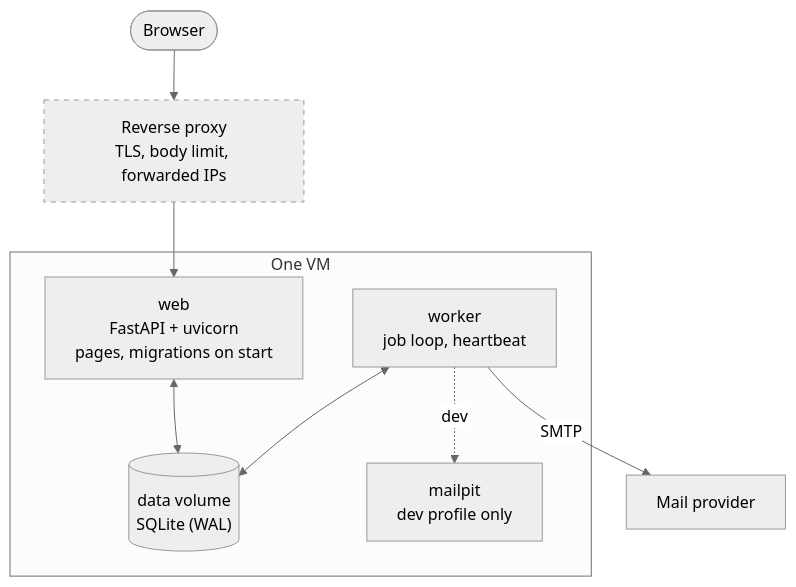
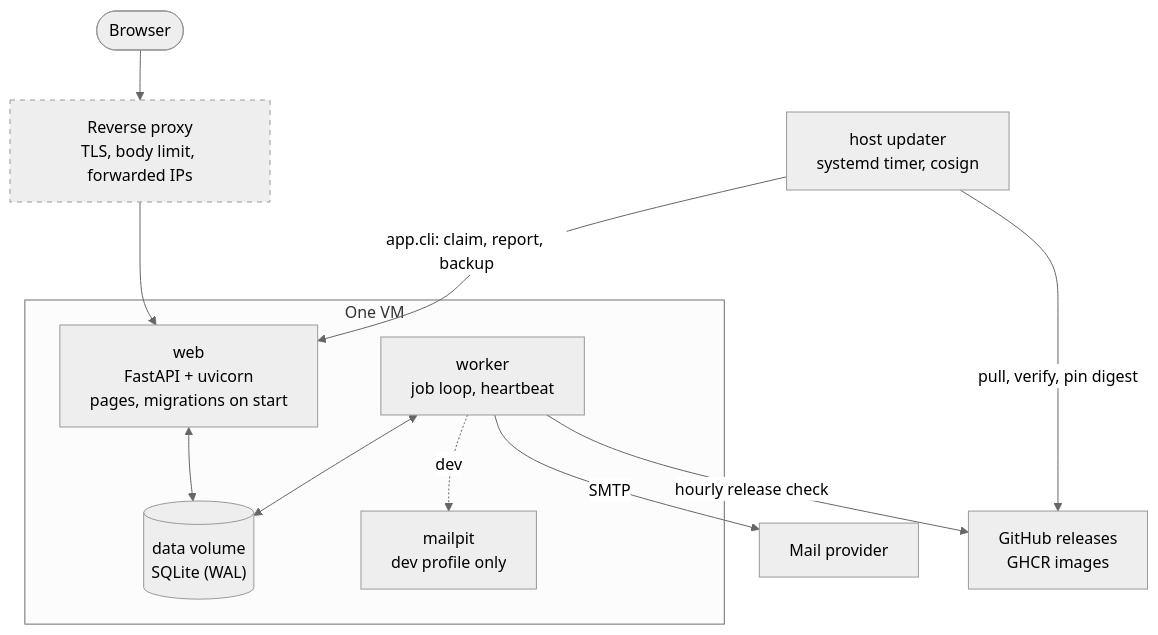
The second of 13 diagrams in docs/architecture.md (3Corners-Labs/OpenPlanner), drawn with Mermaid (neutral theme) before and after one commit. The commit also changed other lines of this file and 56 other files, not shown here.

First line of the commit message:
feat: updates from the admin portal with a host updater and rollback (ADR 0029) (#33)

````diff
--- a/docs/architecture.md
+++ b/docs/architecture.md
@@ -81,23 +81,28 @@
 ```mermaid
 flowchart TB
     browser([Browser])
     proxy[Reverse proxy<br/>TLS, body limit, forwarded IPs]
 
     subgraph host [One VM]
         web["web<br/>FastAPI + uvicorn<br/>pages, migrations on start"]
         worker["worker<br/>job loop, heartbeat"]
         volume[("data volume<br/>SQLite (WAL)")]
         mailpit["mailpit<br/>dev profile only"]
     end
 
     smtp[Mail provider]
+    github[GitHub releases<br/>GHCR images]
+    updater["host updater<br/>systemd timer, cosign"]
 
     browser --> proxy --> web
     web <--> volume
     worker <--> volume
     worker -- SMTP --> smtp
+    worker -- hourly release check --> github
+    updater -- "app.cli: claim, report, backup" --> web
+    updater -- "pull, verify, pin digest" --> github
     worker -. dev .-> mailpit
 
     classDef planned stroke-dasharray: 5 5
     class proxy planned
 ```
````
